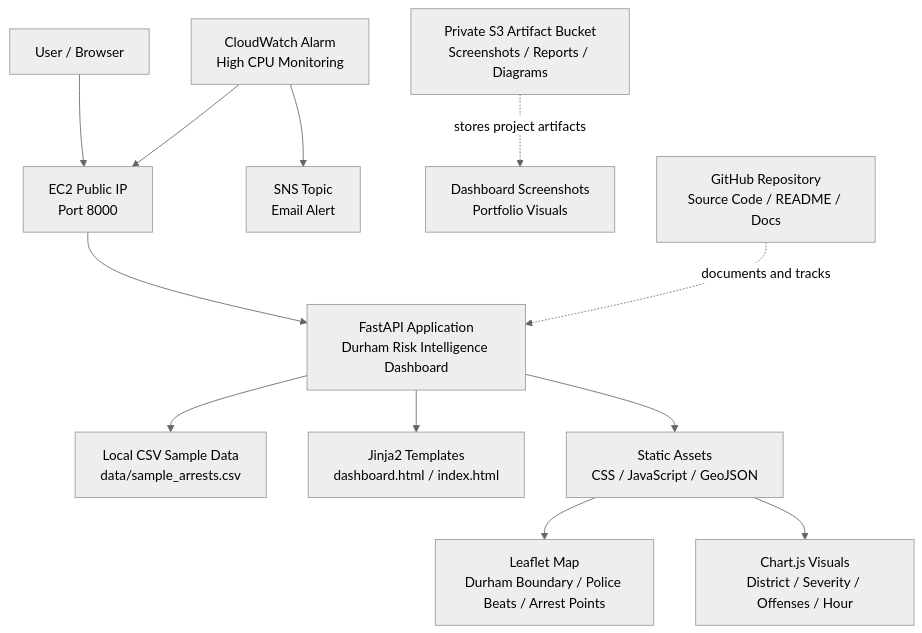
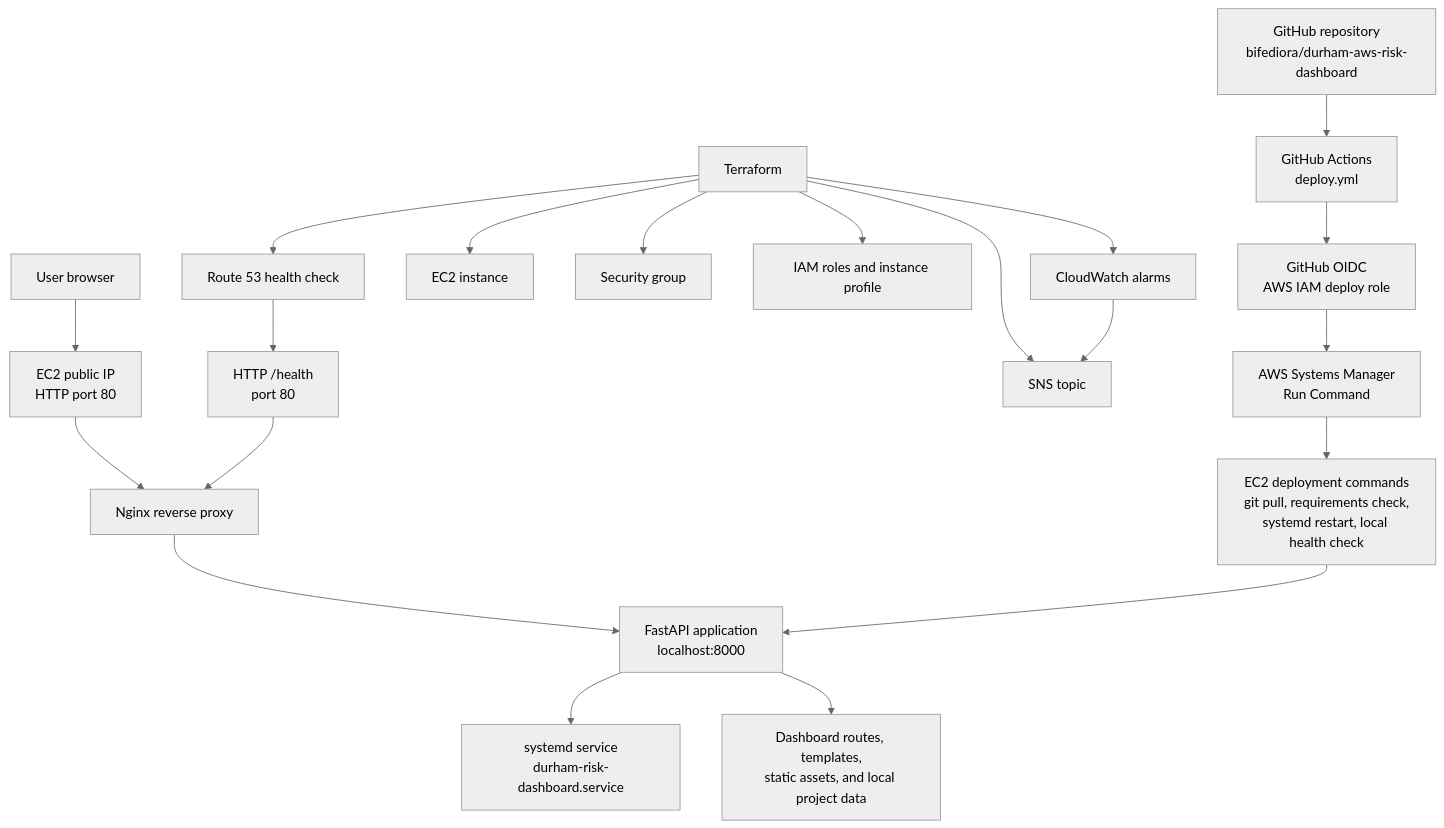
Before and after one commit to bifediora/durham-aws-risk-dashboard: the diagram in docs/current_architecture_diagram.md, drawn with Mermaid (neutral theme). The commit also changed other lines of this file, not shown here.

Commit message:
Update current architecture documentation

````diff
--- a/docs/current_architecture_diagram.md
+++ b/docs/current_architecture_diagram.md
@@ -5,20 +19,25 @@
 ```mermaid
 flowchart TD
-    user["User / Browser"] --> ec2public["EC2 Public IP<br/>Port 8000"]
+    user["User browser"] --> public80["EC2 public IP<br/>HTTP port 80"]
+    public80 --> nginx["Nginx reverse proxy"]
+    nginx --> fastapi["FastAPI application<br/>localhost:8000"]
+    fastapi --> systemd["systemd service<br/>durham-risk-dashboard.service"]
+    fastapi --> appdata["Dashboard routes, templates,<br/>static assets, and local project data"]
 
-    ec2public --> fastapi["FastAPI Application<br/>Durham Risk Intelligence Dashboard"]
+    github["GitHub repository<br/>bifediora/durham-aws-risk-dashboard"] --> actions["GitHub Actions<br/>deploy.yml"]
+    actions --> oidc["GitHub OIDC<br/>AWS IAM deploy role"]
+    oidc --> ssm["AWS Systems Manager<br/>Run Command"]
+    ssm --> ec2deploy["EC2 deployment commands<br/>git pull, requirements check,<br/>systemd restart, local health check"]
+    ec2deploy --> fastapi
 
-    fastapi --> localdata["Local CSV Sample Data<br/>data/sample_arrests.csv"]
-    fastapi --> templates["Jinja2 Templates<br/>dashboard.html / index.html"]
-    fastapi --> staticassets["Static Assets<br/>CSS / JavaScript / GeoJSON"]
+    terraform["Terraform"] --> ec2["EC2 instance"]
+    terraform --> sg["Security group"]
+    terraform --> iam["IAM roles and instance profile"]
+    terraform --> sns["SNS topic"]
+    terraform --> cw["CloudWatch alarms"]
+    terraform --> r53["Route 53 health check"]
 
-    staticassets --> leaflet["Leaflet Map<br/>Durham Boundary / Police Beats / Arrest Points"]
-    staticassets --> charts["Chart.js Visuals<br/>District / Severity / Offenses / Hour"]
-
-    cloudwatch["CloudWatch Alarm<br/>High CPU Monitoring"] --> sns["SNS Topic<br/>Email Alert"]
-    cloudwatch --> ec2public
-
-    s3["Private S3 Artifact Bucket<br/>Screenshots / Reports / Diagrams"] -. stores project artifacts .-> screenshots["Dashboard Screenshots<br/>Portfolio Visuals"]
-
-    github["GitHub Repository<br/>Source Code / README / Docs"] -. documents and tracks .-> fastapi
+    cw --> sns
+    r53 --> health["HTTP /health<br/>port 80"]
+    health --> nginx
 ```
````
